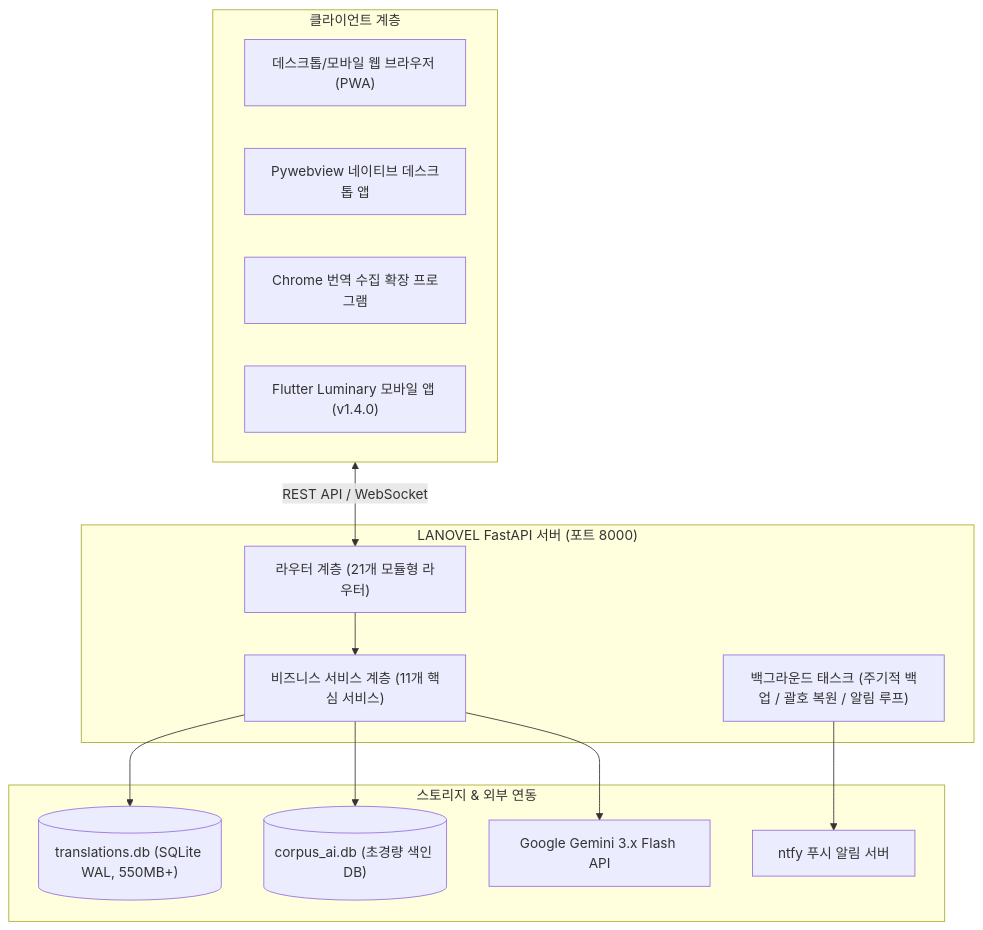
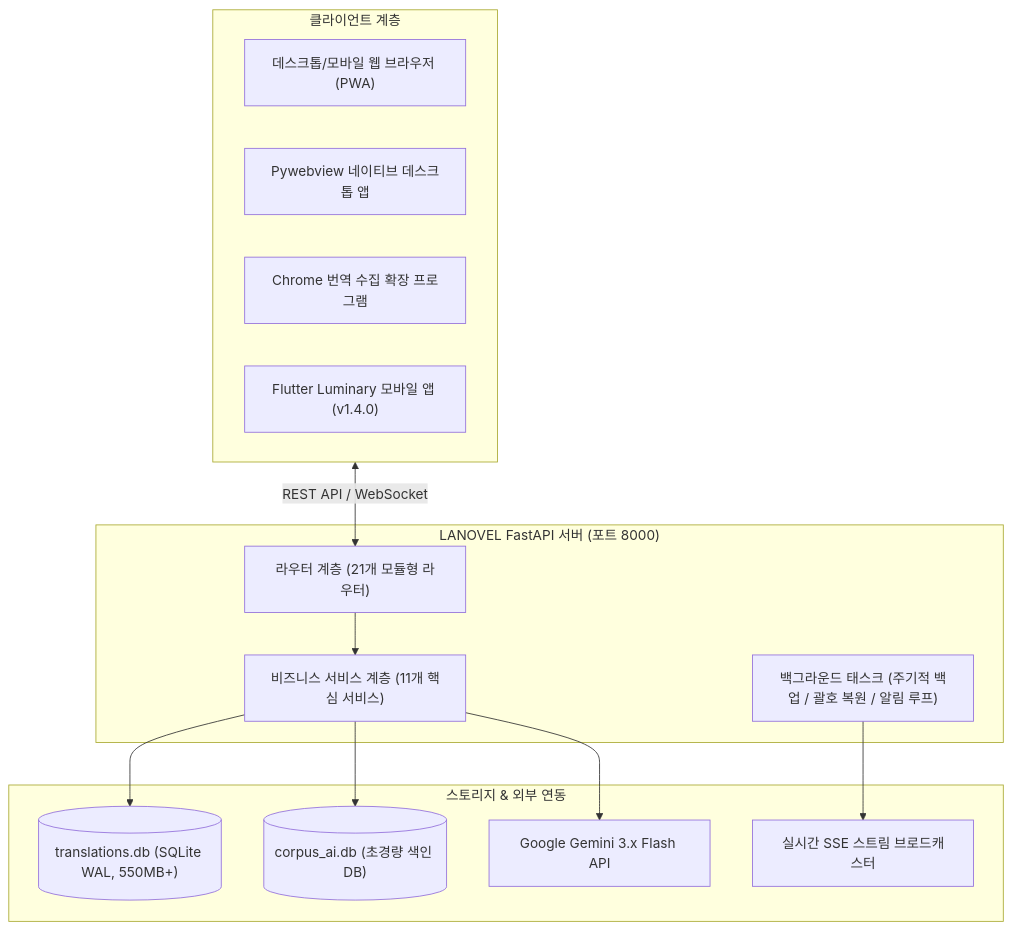
One commit to programmiy/NovelSphere changed the diagram in SERVER_FEATURES.md. Above: the diagram before and after it, drawn with Mermaid. The commit also changed other lines of this file and 11 other files, not shown here.

First line of the commit message:
refactor(notifications): ntfy 잔재 전면 제거 및 로컬 네이티브 알림(SSE) 체계 일원화

````diff
--- a/SERVER_FEATURES.md
+++ b/SERVER_FEATURES.md
@@ -13,29 +13,29 @@
 ```mermaid
 flowchart TD
     subgraph Clients ["클라이언트 계층"]
         WebClient["데스크톱/모바일 웹 브라우저 (PWA)"]
         WebviewApp["Pywebview 네이티브 데스크톱 앱"]
         ChromeExt["Chrome 번역 수집 확장 프로그램"]
         MobileApp["Flutter Luminary 모바일 앱 (v1.4.0)"]
     end
 
     subgraph ServerCore ["LANOVEL FastAPI 서버 (포트 8000)"]
         RouterLayer["라우터 계층 (21개 모듈형 라우터)"]
         ServiceLayer["비즈니스 서비스 계층 (11개 핵심 서비스)"]
         BgTasks["백그라운드 태스크 (주기적 백업 / 괄호 복원 / 알림 루프)"]
     end
 
     subgraph DataStorage ["스토리지 & 외부 연동"]
         LiveDB[("translations.db (SQLite WAL, 550MB+)")]
         CorpusDB[("corpus_ai.db (초경량 색인 DB)")]
         GeminiAPI["Google Gemini 3.x Flash API"]
-        NtfyServer["ntfy 푸시 알림 서버"]
+        LocalSSE["실시간 SSE 스트림 브로드캐스터"]
     end
 
     Clients <-->|REST API / WebSocket| RouterLayer
     RouterLayer --> ServiceLayer
     ServiceLayer --> LiveDB
     ServiceLayer --> CorpusDB
     ServiceLayer --> GeminiAPI
-    BgTasks --> NtfyServer
+    BgTasks --> LocalSSE
 ```
````
